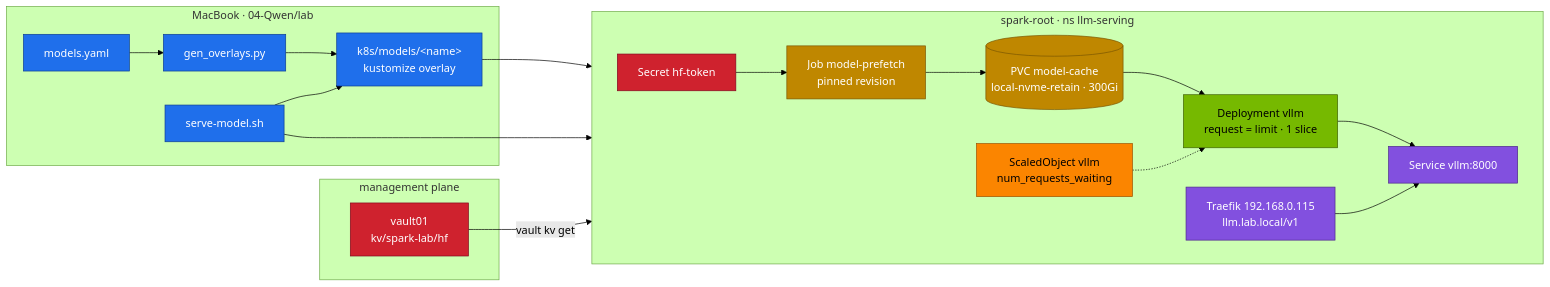
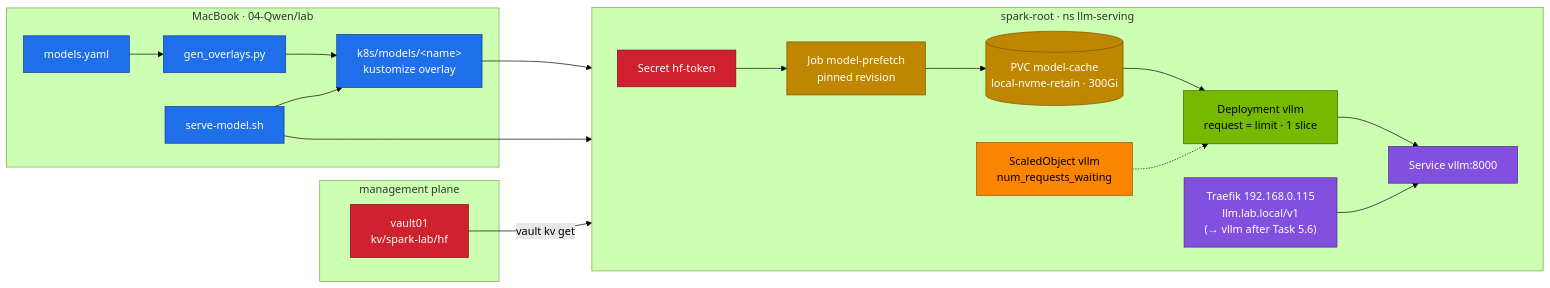
Before and after one commit to cloudone365/technical-depth: the first of 2 diagrams in 04-Qwen/06-kubernetes-deployment-and-weight-caching.md, drawn with Mermaid (forest theme). The commit also changed other lines of this file and 91 other files, not shown here.

First line of the commit message:
Docs audit 01-04: fix mistakes found against the lab files; step-by-step flows

````diff
--- a/04-Qwen/06-kubernetes-deployment-and-weight-caching.md
+++ b/04-Qwen/06-kubernetes-deployment-and-weight-caching.md
@@ -42,39 +42,39 @@
 ```mermaid
 flowchart LR
   subgraph MGMT["management plane"]
     V["vault01<br/>kv/spark-lab/hf"]
   end
   subgraph MAC["MacBook · 04-Qwen/lab"]
     CAT["models.yaml"] --> GEN["gen_overlays.py"]
     GEN --> OV["k8s/models/&lt;name&gt;<br/>kustomize overlay"]
     SM["serve-model.sh"]
   end
   subgraph ROOT["spark-root · ns llm-serving"]
     direction LR
     SEC["Secret hf-token"]
     PRE["Job model-prefetch<br/>pinned revision"]
     PVC[("PVC model-cache<br/>local-nvme-retain · 300Gi")]
     DEP["Deployment vllm<br/>request = limit · 1 slice"]
     SVC["Service vllm:8000"]
     KEDA["ScaledObject vllm<br/>num_requests_waiting"]
-    TR["Traefik 192.168.0.115<br/>llm.lab.local/v1"]
+    TR["Traefik 192.168.0.115<br/>llm.lab.local/v1<br/>(→ vllm after Task 5.6)"]
     SEC --> PRE --> PVC --> DEP --> SVC
     TR --> SVC
     KEDA -.-> DEP
   end
   V -->|"vault kv get"| SEC
   SM --> PRE
   SM --> OV --> DEP
   classDef sec fill:#cf222e,stroke:#82071e,color:#fff
   classDef store fill:#bf8700,stroke:#7a5600,color:#fff
   classDef gpu fill:#76b900,stroke:#3d6000,color:#000
   classDef net fill:#8250df,stroke:#4c2889,color:#fff
   classDef obs fill:#fb8500,stroke:#9a5200,color:#000
   classDef ctrl fill:#1f6feb,stroke:#0b3d91,color:#fff
   class V,SEC sec
   class PVC,PRE store
   class DEP gpu
   class SVC,TR net
   class KEDA obs
   class CAT,GEN,OV,SM ctrl
 ```
````
